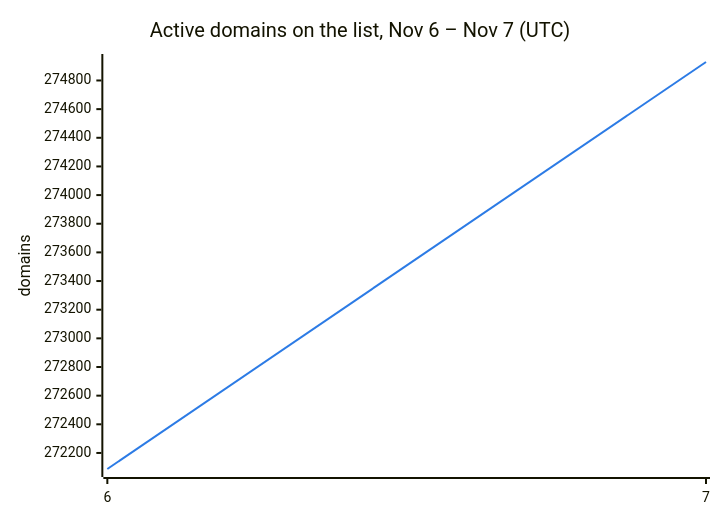
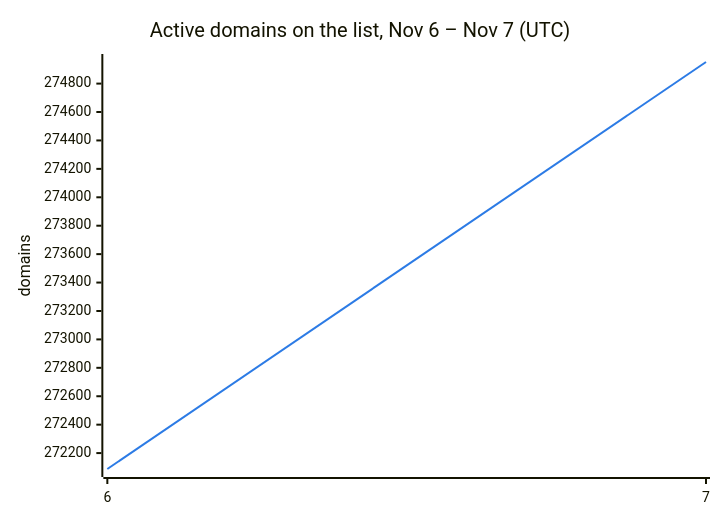
The second of 3 diagrams in README.md (DNSBunker/CTI), drawn with Mermaid before and after one commit. The commit also changed other lines of this file and 3 other files, not shown here.

````diff
--- a/README.md
+++ b/README.md
@@ -38,8 +38,8 @@
 ```mermaid
 %%{init: {"themeVariables": {"xyChart": {"plotColorPalette": "#2c7be5"}}}}%%
 xychart-beta
     title "Active domains on the list, Nov 6 – Nov 7 (UTC)"
     x-axis ["6", "7"]
     y-axis "domains"
-    line [272088, 274929]
+    line [272088, 274952]
 ```
````
